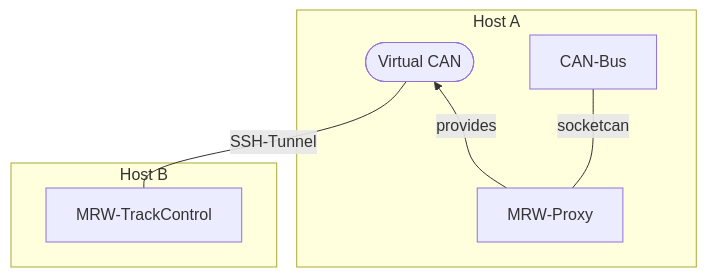
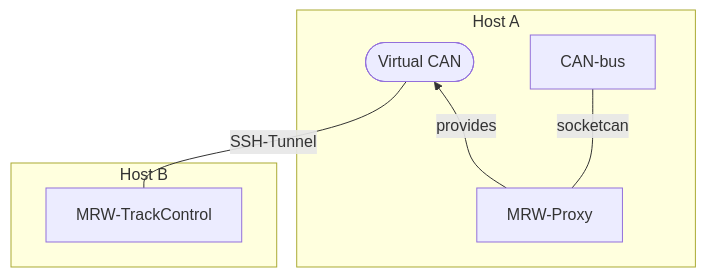
The second of 3 diagrams in track-control/README.md (stmork/mrw-track-control-ng), drawn with Mermaid before and after one commit. The commit also changed other lines of this file and 4 other files, not shown here.

````diff
--- a/track-control/README.md
+++ b/track-control/README.md
@@ -89,11 +89,11 @@
 ```mermaid
 flowchart BT
 	subgraph Host A
 		vcan([Virtual CAN])
-		MRW-Proxy -- socketcan --- CAN-Bus
+		MRW-Proxy -- socketcan --- CAN-bus
 		MRW-Proxy -->|provides|vcan
 		end
 		subgraph Host B
 		MRW-TrackControl-- SSH-Tunnel ---vcan
 	end
 ```
````
